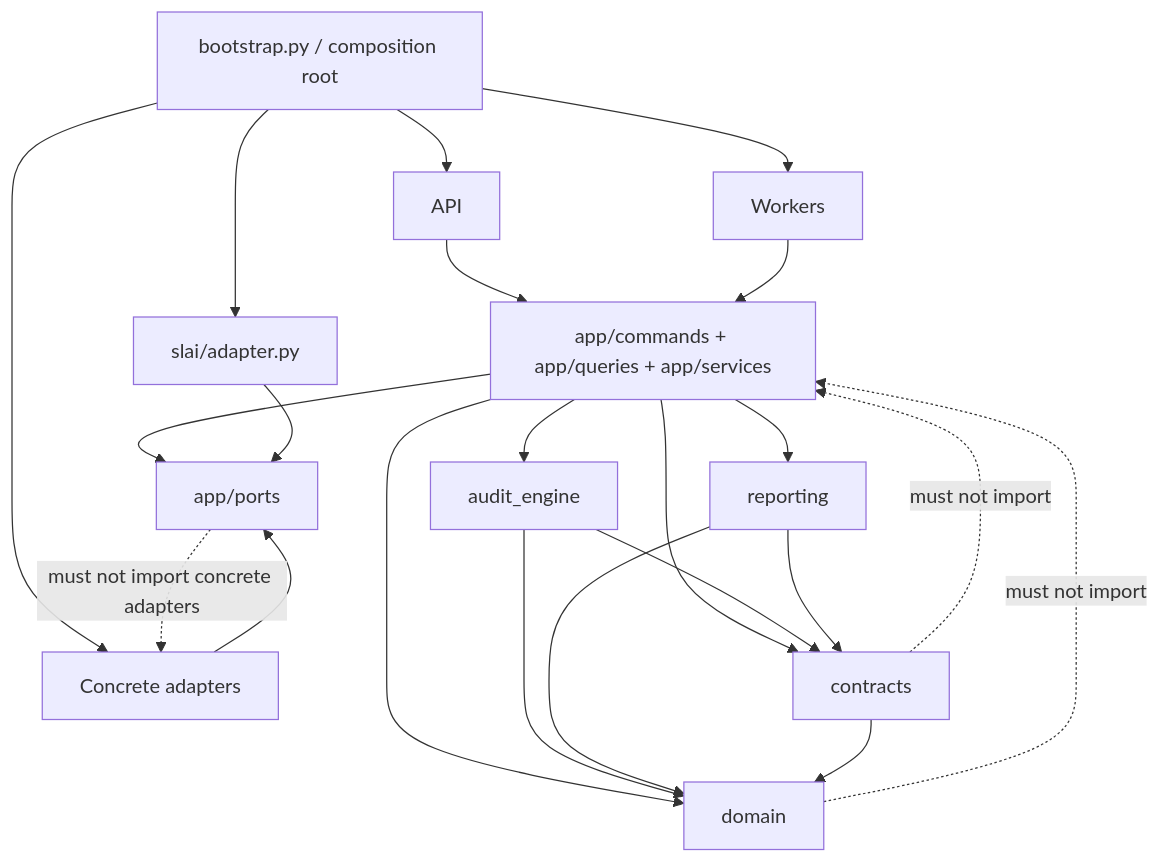
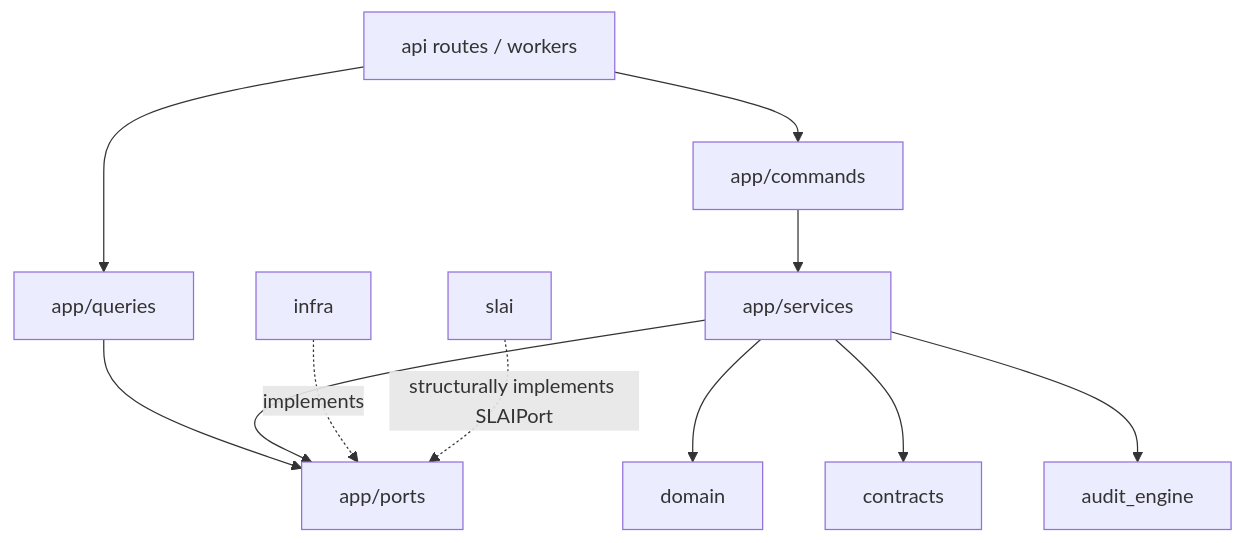
The first of 2 diagrams in app/README.md (The-Outsider-97/bimap), drawn with Mermaid before and after one commit. The commit also changed other lines of this file, not shown here.

````diff
--- a/app/README.md
+++ b/app/README.md
@@ -33,38 +29,25 @@
 ```mermaid
 flowchart TB
-    BOOT[bootstrap.py / composition root]
-    API[API]
-    WORKERS[Workers]
-    ADAPTERS[Concrete adapters]
+    API[api routes / workers]
+    CMD[app/commands]
+    QRY[app/queries]
+    SVC[app/services]
+    PORT[app/ports]
+    DOM[domain]
+    CONTRACTS[contracts]
+    ENGINE[audit_engine]
+    INFRA[infra]
+    SLAI[slai]
 
-    APP[app/commands + app/queries + app/services]
-    PORTS[app/ports]
-    ENGINE[audit_engine]
-    SLAIADAPTER[slai/adapter.py]
-    REPORTING[reporting]
-    CONTRACTS[contracts]
-    DOMAIN[domain]
+    API --> CMD
+    API --> QRY
+    CMD --> SVC
+    QRY --> PORT
+    SVC --> PORT
+    SVC --> DOM
+    SVC --> CONTRACTS
+    SVC --> ENGINE
 
-    BOOT --> API
-    BOOT --> WORKERS
-    BOOT --> ADAPTERS
-    BOOT --> SLAIADAPTER
-    API --> APP
-    WORKERS --> APP
-    APP --> PORTS
-    APP --> ENGINE
-    APP --> REPORTING
-    APP --> CONTRACTS
-    APP --> DOMAIN
-    ADAPTERS --> PORTS
-    SLAIADAPTER --> PORTS
-    ENGINE --> CONTRACTS
-    ENGINE --> DOMAIN
-    REPORTING --> CONTRACTS
-    REPORTING --> DOMAIN
-    CONTRACTS --> DOMAIN
-
-    PORTS -. must not import concrete adapters .-> ADAPTERS
-    DOMAIN -. must not import .-> APP
-    CONTRACTS -. must not import .-> APP
+    INFRA -. implements .-> PORT
+    SLAI -. structurally implements SLAIPort .-> PORT
 ```
````
